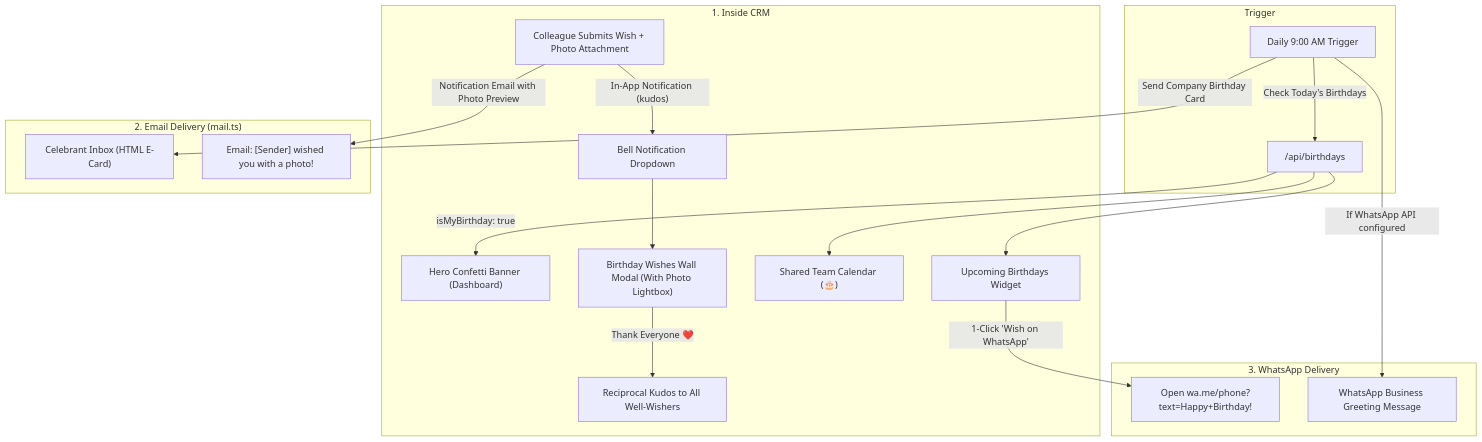
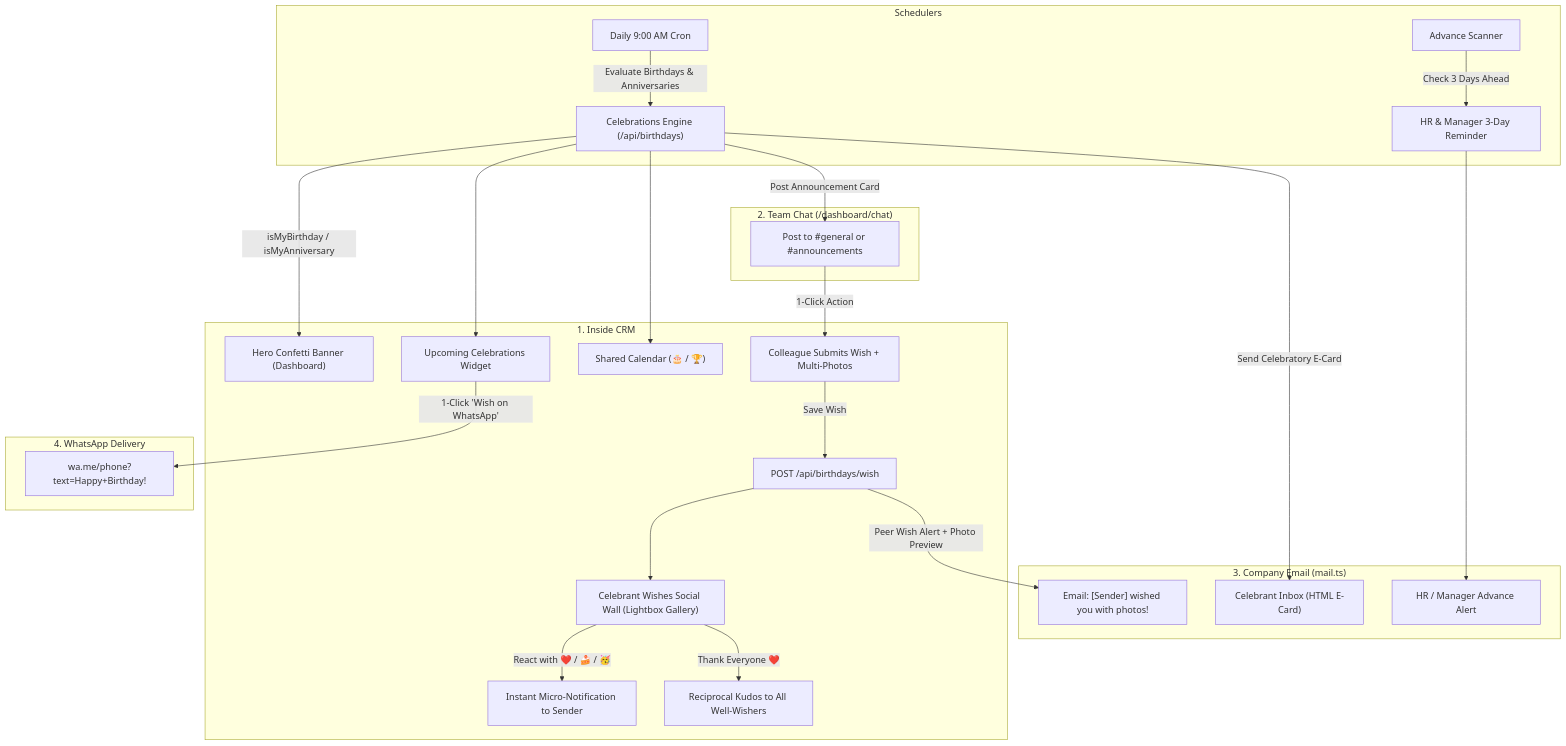
The diagram in plans/employee_birthday_wishes_plan.md (Nexace-tech/nexAce-crm), drawn with Mermaid before and after one commit. The commit also changed other lines of this file and 33 other files, not shown here.

Commit message:
Birthday Wishes

````diff
--- a/plans/employee_birthday_wishes_plan.md
+++ b/plans/employee_birthday_wishes_plan.md
@@ -43,25 +51,32 @@
 ```mermaid
 graph TD
-    subgraph Trigger
-        CRON["Daily 9:00 AM Trigger"] -->|"Check Today's Birthdays"| API_B["/api/birthdays"]
+    subgraph Schedulers
+        CRON["Daily 9:00 AM Cron"] -->|"Evaluate Birthdays & Anniversaries"| ENGINE["Celebrations Engine (/api/birthdays)"]
+        ADV_CRON["Advance Scanner"] -->|"Check 3 Days Ahead"| ADV_NOTIF["HR & Manager 3-Day Reminder"]
     end
 
     subgraph Channel_CRM["1. Inside CRM"]
-        API_B -->|"isMyBirthday: true"| BANNER["Hero Confetti Banner (Dashboard)"]
-        API_B --> WIDGET["Upcoming Birthdays Widget"]
-        API_B --> CAL["Shared Team Calendar (🎂)"]
-        WISH_SUBMIT["Colleague Submits Wish + Photo Attachment"] -->|"In-App Notification (kudos)"| NOTIF["Bell Notification Dropdown"]
-        NOTIF --> WALL["Birthday Wishes Wall Modal (With Photo Lightbox)"]
-        WALL -->|"Thank Everyone ❤️"| RE_NOTIF["Reciprocal Kudos to All Well-Wishers"]
+        ENGINE -->|"isMyBirthday / isMyAnniversary"| BANNER["Hero Confetti Banner (Dashboard)"]
+        ENGINE --> WIDGET["Upcoming Celebrations Widget"]
+        ENGINE --> CAL["Shared Calendar (🎂 / 🏆)"]
+        WISH_INPUT["Colleague Submits Wish + Multi-Photos"] -->|"Save Wish"| API_WISH["POST /api/birthdays/wish"]
+        API_WISH --> WALL["Celebrant Wishes Social Wall (Lightbox Gallery)"]
+        WALL -->|"React with ❤️ / 🍰 / 🥳"| REACTION["Instant Micro-Notification to Sender"]
+        WALL -->|"Thank Everyone ❤️"| THANK_ALL["Reciprocal Kudos to All Well-Wishers"]
     end
 
-    subgraph Channel_Email["2. Email Delivery (mail.ts)"]
-        CRON -->|"Send Company Birthday Card"| CELEB_EMAIL["Celebrant Inbox (HTML E-Card)"]
-        WISH_SUBMIT -->|"Notification Email with Photo Preview"| WISH_EMAIL["Email: [Sender] wished you with a photo!"]
+    subgraph Channel_Chat["2. Team Chat (/dashboard/chat)"]
+        ENGINE -->|"Post Announcement Card"| CHAT["Post to #general or #announcements"]
+        CHAT -->|"1-Click Action"| WISH_INPUT
     end
 
-    subgraph Channel_WhatsApp["3. WhatsApp Delivery"]
-        WIDGET -->|"1-Click 'Wish on WhatsApp'"| WA_LINK["Open wa.me/phone?text=Happy+Birthday!"]
-        CRON -->|"If WhatsApp API configured"| WA_OFFICIAL["WhatsApp Business Greeting Message"]
+    subgraph Channel_Email["3. Company Email (mail.ts)"]
+        ENGINE -->|"Send Celebratory E-Card"| CELEB_EMAIL["Celebrant Inbox (HTML E-Card)"]
+        API_WISH -->|"Peer Wish Alert + Photo Preview"| WISH_EMAIL["Email: [Sender] wished you with photos!"]
+        ADV_NOTIF --> HR_EMAIL["HR / Manager Advance Alert"]
+    end
+
+    subgraph Channel_WhatsApp["4. WhatsApp Delivery"]
+        WIDGET -->|"1-Click 'Wish on WhatsApp'"| WA_LINK["wa.me/phone?text=Happy+Birthday!"]
     end
 ```
````
